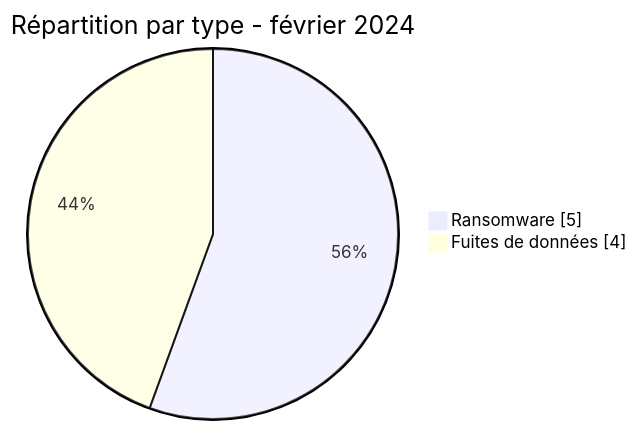
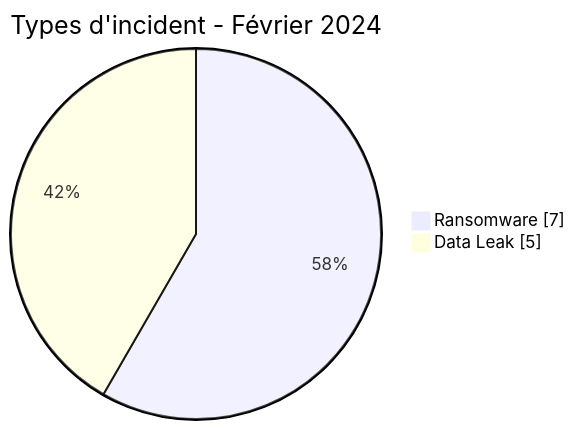
One commit to Hatchepsoute/AFRINTEL changed the first of 3 diagrams in CyberAttackAfrica/2024/02-february/README_FR.md. Above: the diagram before and after it, drawn with Mermaid. The commit also changed other lines of this file and 60 other files, not shown here.

````diff
--- a/CyberAttackAfrica/2024/02-february/README_FR.md
+++ b/CyberAttackAfrica/2024/02-february/README_FR.md
@@ -54,6 +52,6 @@
 ```mermaid
 pie showData
-    title Répartition par type - février 2024
-    "Ransomware" : 5
-    "Fuites de données" : 4
+    title Types d'incident - Février 2024
+    "Ransomware" : 7
+    "Data Leak" : 5
 ```
````
